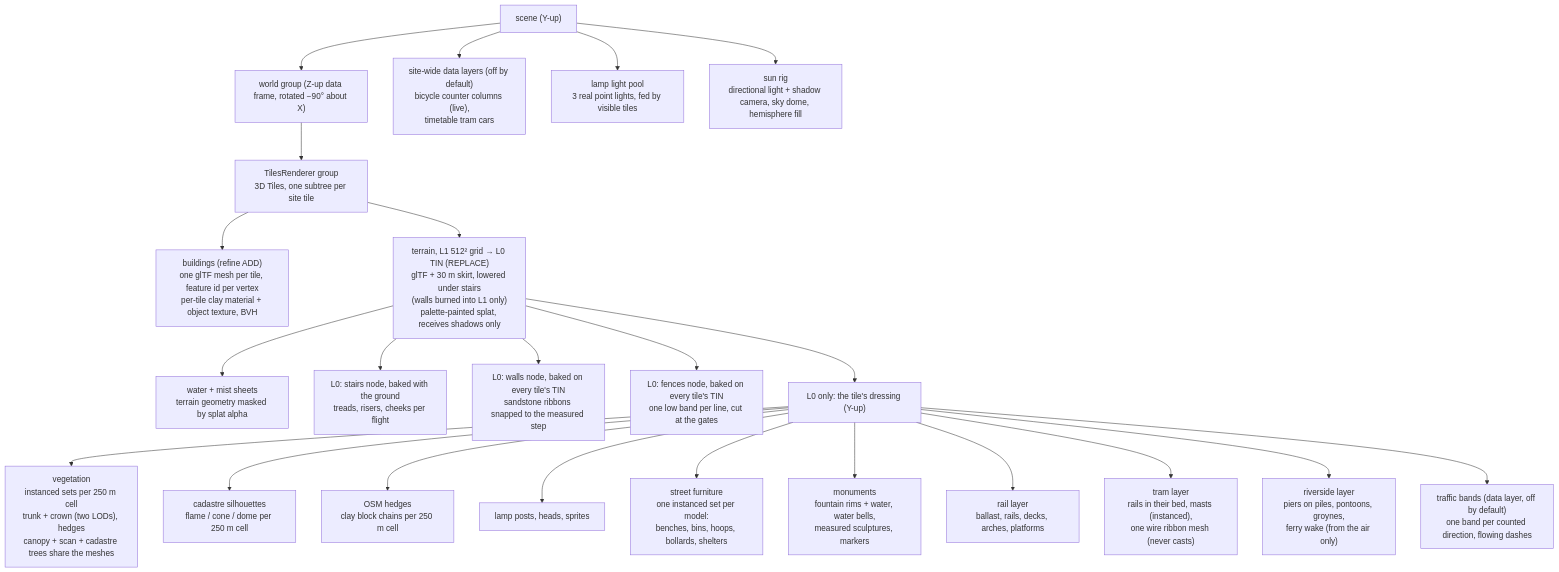
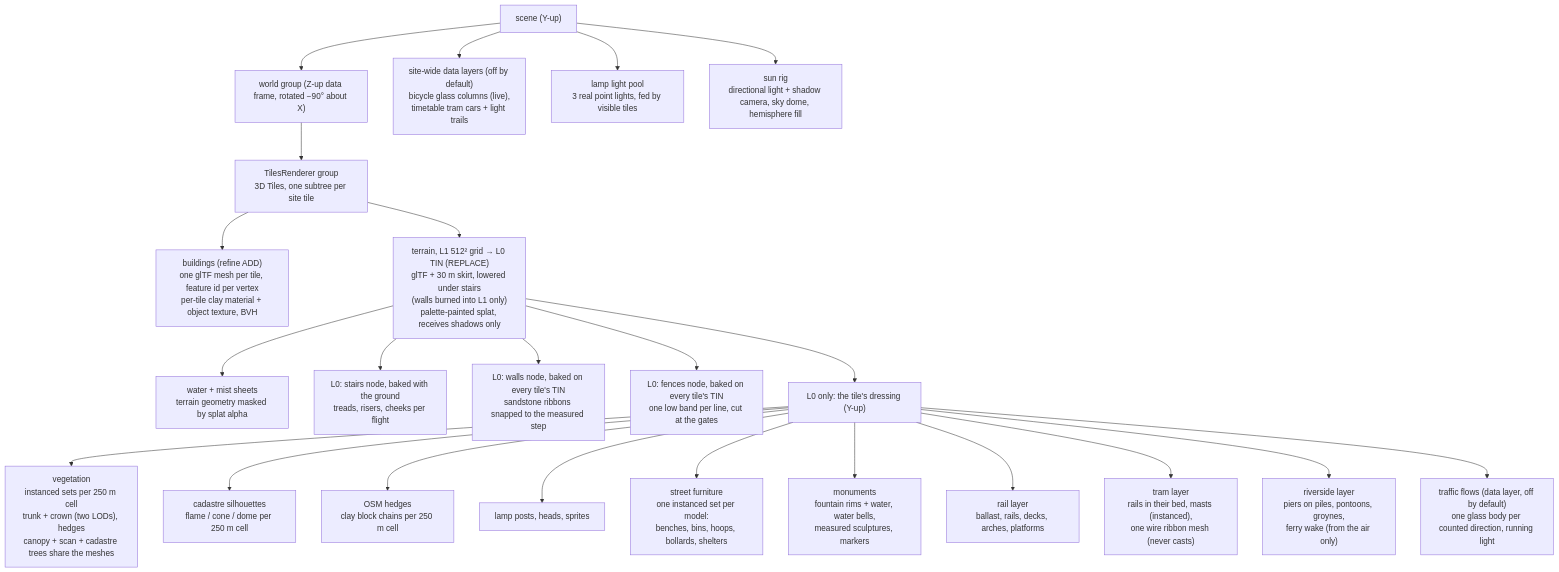
One commit to mdugue/bridge changed the first of 2 diagrams in docs/rendering.md. Above: the diagram before and after it, drawn with Mermaid. The commit also changed other lines of this file and 21 other files, not shown here.

First line of the commit message:
feat(data-layers): glass flows, glass columns and tram light trails

````diff
--- a/docs/rendering.md
+++ b/docs/rendering.md
@@ -25,28 +25,28 @@
 ```mermaid
 flowchart TB
   SCENE["scene (Y-up)"]
   WORLD["world group (Z-up data frame, rotated −90° about X)"]
   TILES["TilesRenderer group<br/>3D Tiles, one subtree per site tile"]
   SCENE --> WORLD
   WORLD --> TILES
   TILES --> CITY["buildings (refine ADD)<br/>one glTF mesh per tile, feature id per vertex<br/>per-tile clay material + object texture, BVH"]
   TILES --> TER["terrain, L1 512² grid → L0 TIN (REPLACE)<br/>glTF + 30 m skirt, lowered under stairs<br/>(walls burned into L1 only)<br/>palette-painted splat, receives shadows only"]
   TER --> WAT["water + mist sheets<br/>terrain geometry masked by splat alpha"]
   TER --> STAIR["L0: stairs node, baked with the ground<br/>treads, risers, cheeks per flight"]
   TER --> WALL["L0: walls node, baked on every tile's TIN<br/>sandstone ribbons snapped to the measured step"]
   TER --> FENCE["L0: fences node, baked on every tile's TIN<br/>one low band per line, cut at the gates"]
   TER --> DRESS["L0 only: the tile's dressing (Y-up)"]
   DRESS --> VEG["vegetation<br/>instanced sets per 250 m cell<br/>trunk + crown (two LODs), hedges<br/>canopy + scan + cadastre trees share the meshes"]
   DRESS --> INV["cadastre silhouettes<br/>flame / cone / dome per 250 m cell"]
   DRESS --> LOW["OSM hedges<br/>clay block chains per 250 m cell"]
   DRESS --> LAMP["lamp posts, heads, sprites"]
   DRESS --> FURN["street furniture<br/>one instanced set per model:<br/>benches, bins, hoops, bollards, shelters"]
   DRESS --> MON["monuments<br/>fountain rims + water, water bells,<br/>measured sculptures, markers"]
   DRESS --> RAIL["rail layer<br/>ballast, rails, decks, arches, platforms"]
   DRESS --> TRAM["tram layer<br/>rails in their bed, masts (instanced),<br/>one wire ribbon mesh (never casts)"]
   DRESS --> RIV["riverside layer<br/>piers on piles, pontoons, groynes,<br/>ferry wake (from the air only)"]
-  DRESS --> TRAF["traffic bands (data layer, off by default)<br/>one band per counted direction, flowing dashes"]
-  SCENE --> DATA["site-wide data layers (off by default)<br/>bicycle counter columns (live),<br/>timetable tram cars"]
+  DRESS --> TRAF["traffic flows (data layer, off by default)<br/>one glass body per counted direction, running light"]
+  SCENE --> DATA["site-wide data layers (off by default)<br/>bicycle glass columns (live),<br/>timetable tram cars + light trails"]
   SCENE --> LIGHTS["lamp light pool<br/>3 real point lights, fed by visible tiles"]
   SCENE --> SUN["sun rig<br/>directional light + shadow camera, sky dome, hemisphere fill"]
 ```
````
